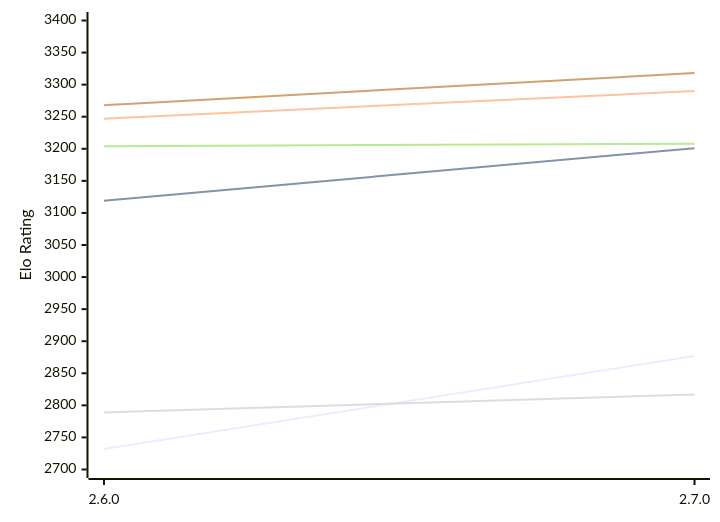
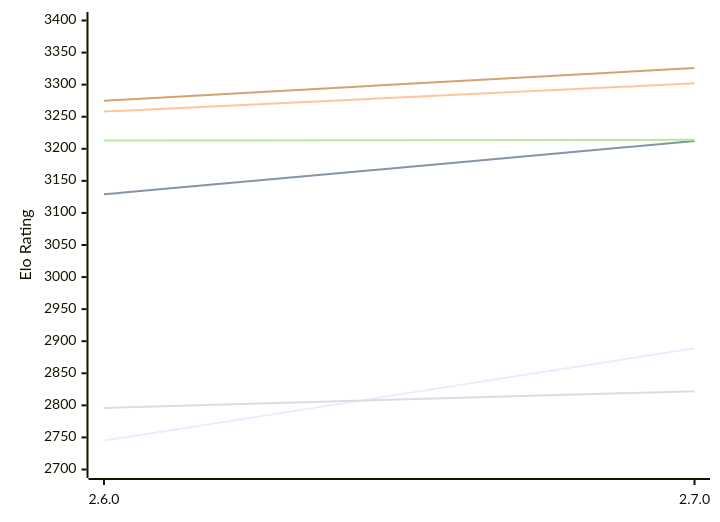
One commit to computer-chess-index/cci changed the first of 2 diagrams in engines/Sturddle2.md. Above: the diagram before and after it, drawn with Mermaid. The commit also changed other lines of this file, not shown here.

Commit message:
Update CCI Ratings (ELO VLTC) - 2026-10-25

````diff
--- a/engines/Sturddle2.md
+++ b/engines/Sturddle2.md
@@ -51,12 +51,12 @@
 ```mermaid
 %%{init: {"theme":"base","themeVariables":{"seriesColors:['#a3a3a3','#222221','#faa371']}}}%%
 xychart-beta
   x-axis ["2.6.0", "2.7.0"]
   y-axis "Elo Rating" 2700 --> 3400
-  line "E1: STC (8.0+0.08s)" [2732, 2877]
-  line "E1: LTC (60.0+0.60s)" [3119, 3201]
-  line "E1: VLTC (2m24s+1.12s)" [3247, 3290]
-  line "P1: STC (8.0+0.08s)" [2789, 2817]
-  line "P1: LTC (60.0+0.60s)" [3204, 3208]
-  line "P1: VLTC (2m24s+1.12s)" [3268, 3318]
+  line "E1: STC (8.0+0.08s)" [2745, 2889]
+  line "E1: LTC (60.0+0.60s)" [3129, 3212]
+  line "E1: VLTC (2m24s+1.12s)" [3258, 3302]
+  line "P1: STC (8.0+0.08s)" [2796, 2822]
+  line "P1: LTC (60.0+0.60s)" [3213, 3214]
+  line "P1: VLTC (2m24s+1.12s)" [3275, 3326]
 ```
````
